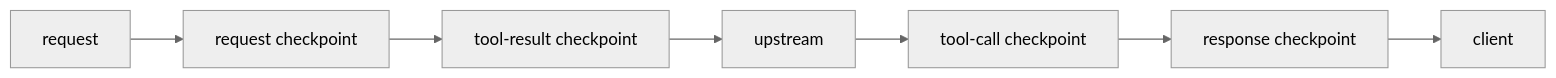
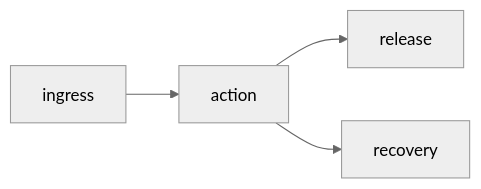
The diagram in docs/human/agent-safety.md (yv1ing/SafeAgent), drawn with Mermaid (neutral theme) before and after one commit. The commit also changed other lines of this file and 395 other files, not shown here.

````diff
--- a/docs/human/agent-safety.md
+++ b/docs/human/agent-safety.md
@@ -34,9 +35,6 @@
 ```mermaid
 flowchart LR
-    Request["request"] --> RequestGate["request checkpoint"]
-    RequestGate --> ResultGate["tool-result checkpoint"]
-    ResultGate --> Provider["upstream"]
-    Provider --> ToolGate["tool-call checkpoint"]
-    ToolGate --> ResponseGate["response checkpoint"]
-    ResponseGate --> Client["client"]
+    Ingress["ingress"] --> Action["action"]
+    Action --> Release["release"]
+    Action --> Recovery["recovery"]
 ```
````
